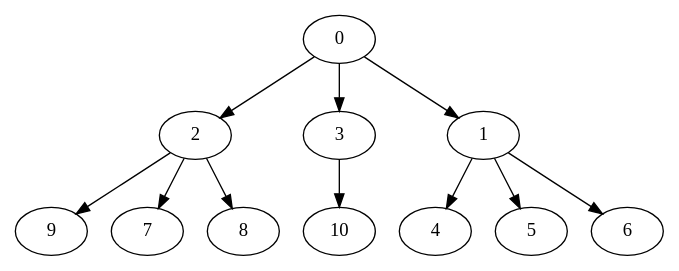
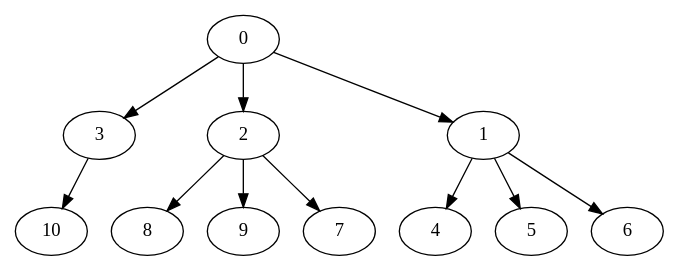
Before and after one commit to ChenTheHolyKnight/SOFTENG306p1: the diagram in src/main/resources/sample_inputs/Nodes_11_OutTree-output.dot, drawn with Graphviz. The commit also changed 3 other files, not shown here.

Commit message:
OP-146 commented and refactored GanttChart.java, removed some print statements and miscellaneous ;

```diff
--- a/src/main/resources/sample_inputs/Nodes_11_OutTree-output.dot
+++ b/src/main/resources/sample_inputs/Nodes_11_OutTree-output.dot
@@ -1,23 +1,23 @@
 digraph "OutTree-Balanced-MaxBf-3_Nodes_11_CCR_0.1_WeightType_Random" {
 	0	[Weight=50,Start=0,Processor=1];
-	2	[Weight=90,Start=150,Processor=1];
-	3	[Weight=100,Start=50,Processor=1];
-	9	[Weight=20,Start=330,Processor=1];
-	1	[Weight=70,Start=59,Processor=2];
-	7	[Weight=80,Start=269,Processor=2];
-	8	[Weight=50,Start=280,Processor=1];
-	4	[Weight=40,Start=240,Processor=1];
-	5	[Weight=20,Start=229,Processor=2];
-	6	[Weight=100,Start=129,Processor=2];
-	10	[Weight=20,Start=249,Processor=2];
+	3	[Weight=100,Start=54,Processor=8];
+	2	[Weight=90,Start=57,Processor=5];
+	8	[Weight=50,Start=150,Processor=7];
+	10	[Weight=20,Start=154,Processor=8];
+	1	[Weight=70,Start=50,Processor=1];
+	9	[Weight=20,Start=157,Processor=6];
+	7	[Weight=80,Start=147,Processor=5];
+	4	[Weight=40,Start=130,Processor=4];
+	5	[Weight=20,Start=127,Processor=3];
+	6	[Weight=100,Start=125,Processor=2];
+	0 -> 3	[Weight=4];
 	0 -> 2	[Weight=7];
-	0 -> 3	[Weight=4];
 	0 -> 1	[Weight=9];
+	3 -> 10	[Weight=4];
+	2 -> 8	[Weight=3];
 	2 -> 9	[Weight=10];
 	2 -> 7	[Weight=5];
-	2 -> 8	[Weight=3];
-	3 -> 10	[Weight=4];
 	1 -> 4	[Weight=10];
 	1 -> 5	[Weight=7];
 	1 -> 6	[Weight=5];
 }
```
